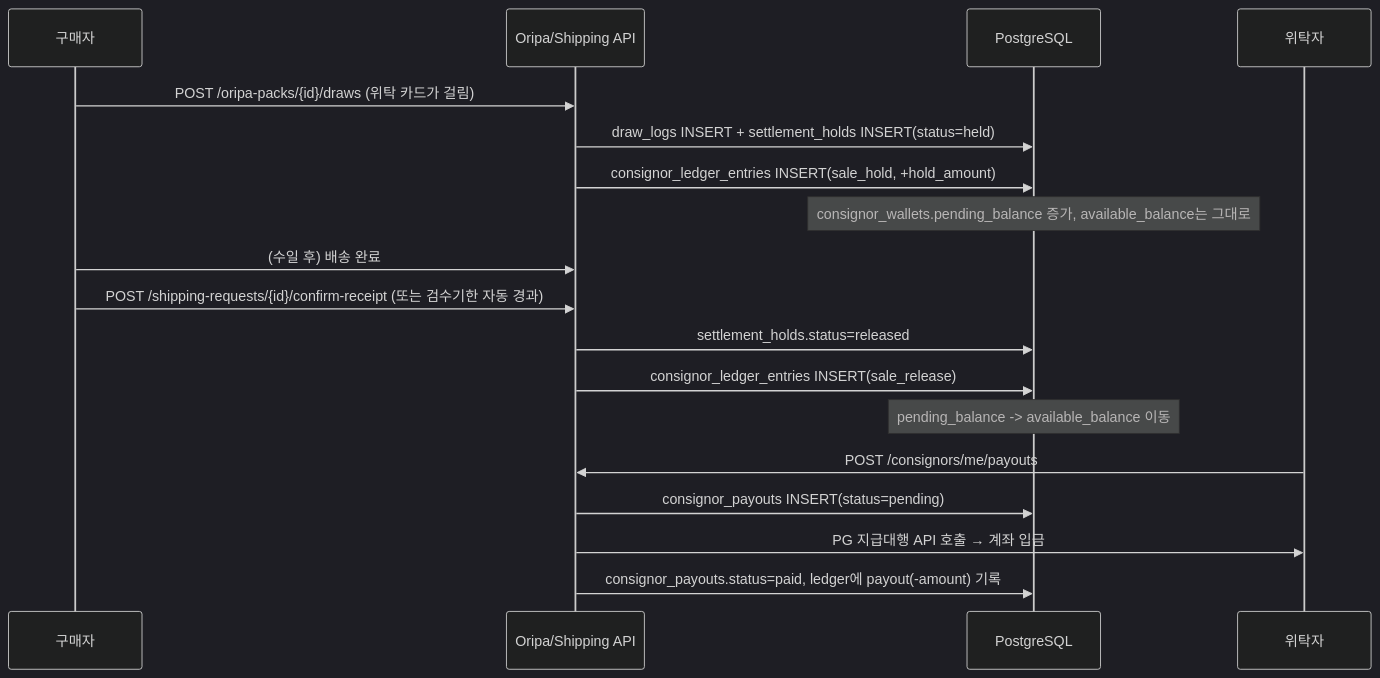
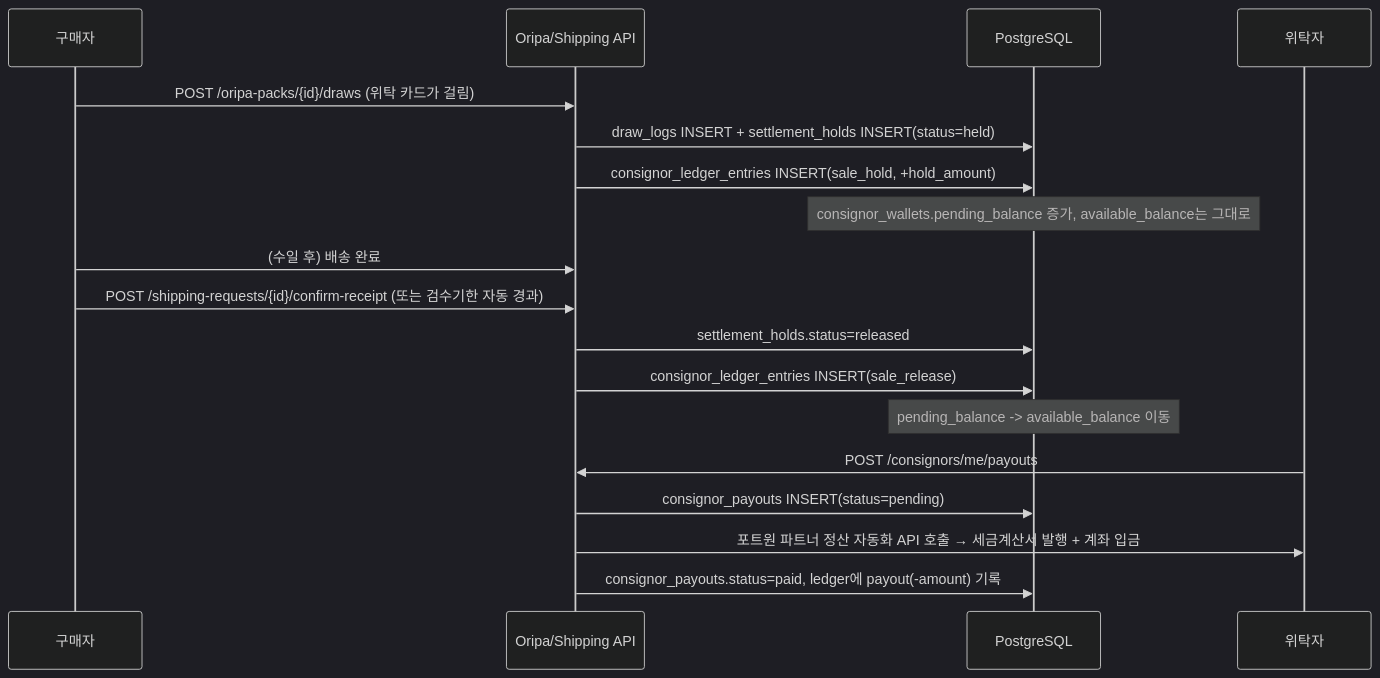
Before and after one commit to WinLakeLee/WinLakeLee: the fourth of 4 diagrams in docs/API_SPEC.md, drawn with Mermaid (dark theme). The commit also changed other lines of this file and 1 other file, not shown here.

````diff
--- a/docs/API_SPEC.md
+++ b/docs/API_SPEC.md
@@ -564,21 +593,21 @@
 ```mermaid
 sequenceDiagram
     participant Buyer as 구매자
     participant API as Oripa/Shipping API
     participant DB as PostgreSQL
     participant Consignor as 위탁자
 
     Buyer->>API: POST /oripa-packs/{id}/draws (위탁 카드가 걸림)
     API->>DB: draw_logs INSERT + settlement_holds INSERT(status=held)
     API->>DB: consignor_ledger_entries INSERT(sale_hold, +hold_amount)
     Note over DB: consignor_wallets.pending_balance 증가, available_balance는 그대로
     Buyer->>API: (수일 후) 배송 완료
     Buyer->>API: POST /shipping-requests/{id}/confirm-receipt (또는 검수기한 자동 경과)
     API->>DB: settlement_holds.status=released
     API->>DB: consignor_ledger_entries INSERT(sale_release)
     Note over DB: pending_balance -> available_balance 이동
     Consignor->>API: POST /consignors/me/payouts
     API->>DB: consignor_payouts INSERT(status=pending)
-    API->>Consignor: PG 지급대행 API 호출 → 계좌 입금
+    API->>Consignor: 포트원 파트너 정산 자동화 API 호출 → 세금계산서 발행 + 계좌 입금
     API->>DB: consignor_payouts.status=paid, ledger에 payout(-amount) 기록
 ```
````
